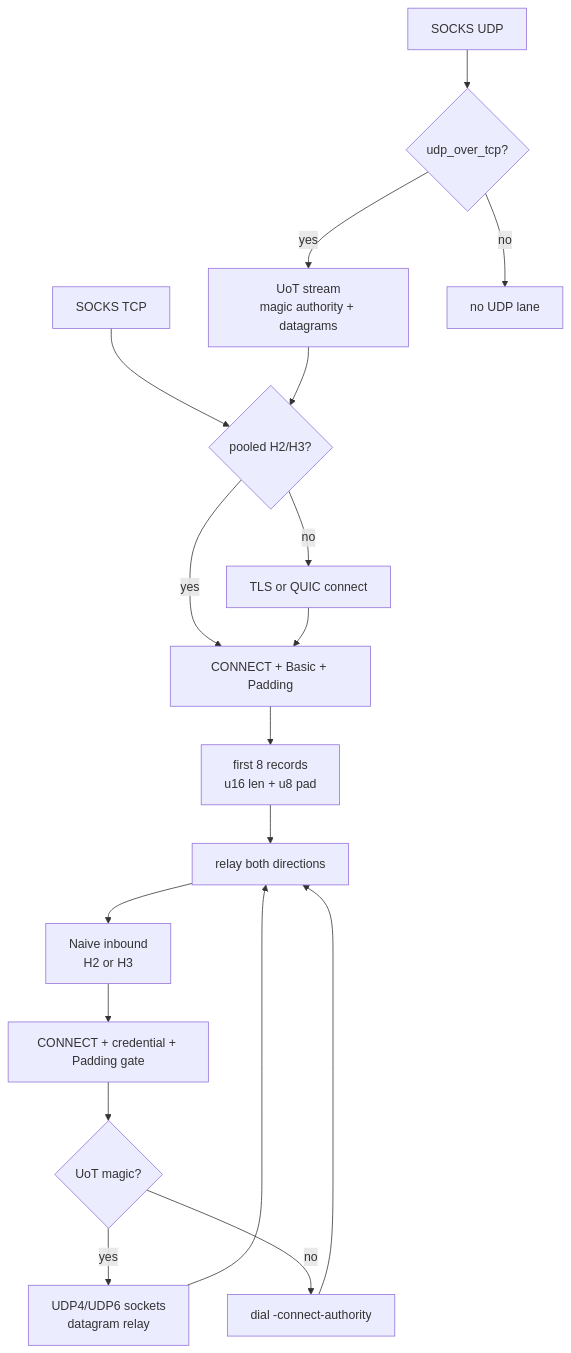
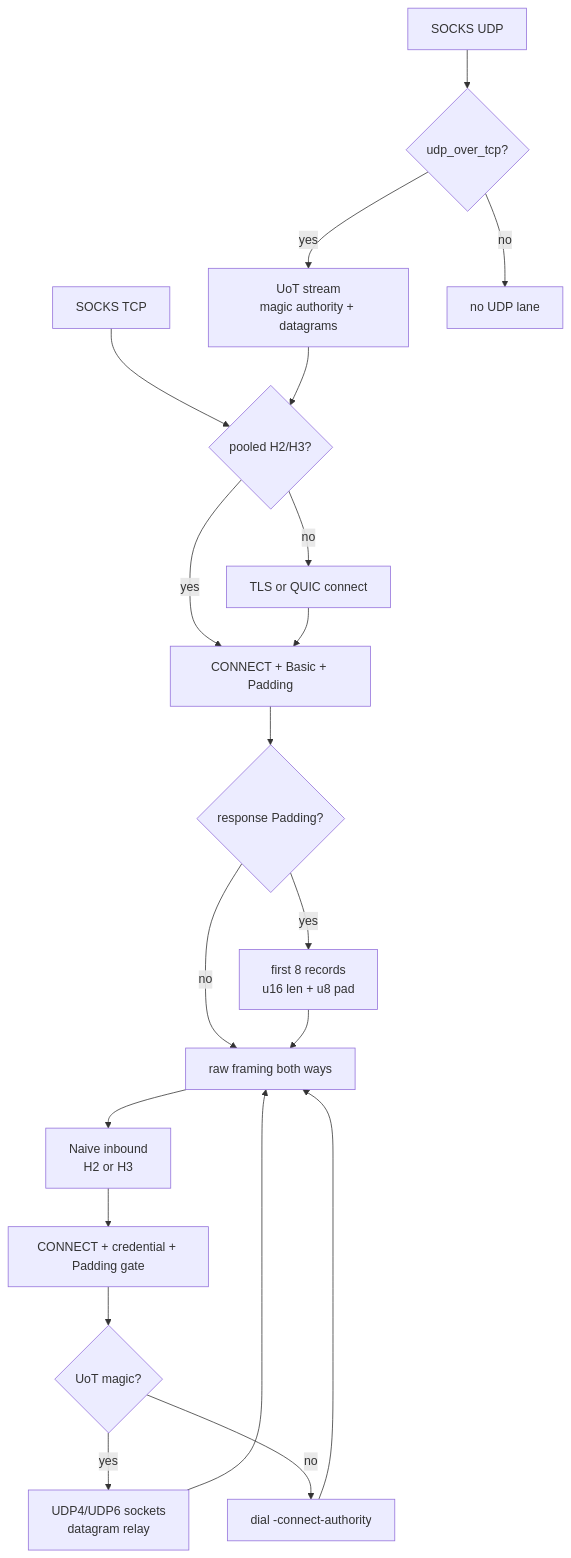
The diagram in docs/function/naive.md (ferroxdev/ferrox-2), drawn with Mermaid before and after one commit. The commit also changed 8 other files, not shown here.

````diff
--- a/docs/function/naive.md
+++ b/docs/function/naive.md
@@ -13,20 +13,22 @@
 ```mermaid
 graph TD
     S["SOCKS TCP"] --> P{"pooled H2/H3?"}
     P -- yes --> O["CONNECT + Basic + Padding"]
     P -- no --> T["TLS or QUIC connect"]
     T --> O
-    O --> F["first 8 records<br/>u16 len + u8 pad"]
-    F --> R["relay both directions"]
+    O --> H{"response Padding?"}
+    H -- yes --> F["first 8 records<br/>u16 len + u8 pad"]
+    H -- no --> R["raw framing both ways"]
+    F --> R
     R --> A["Naive inbound<br/>H2 or H3"]
     A --> C["CONNECT + credential + Padding gate"]
     C --> M{"UoT magic?"}
     M -- yes --> V["UDP4/UDP6 sockets<br/>datagram relay"]
     M -- no --> D["dial -connect-authority"]
     V --> R
     D --> R
     U["SOCKS UDP"] --> G{"udp_over_tcp?"}
     G -- yes --> Q["UoT stream<br/>magic authority + datagrams"]
     Q --> P
     G -- no --> N["no UDP lane"]
 ```
````
